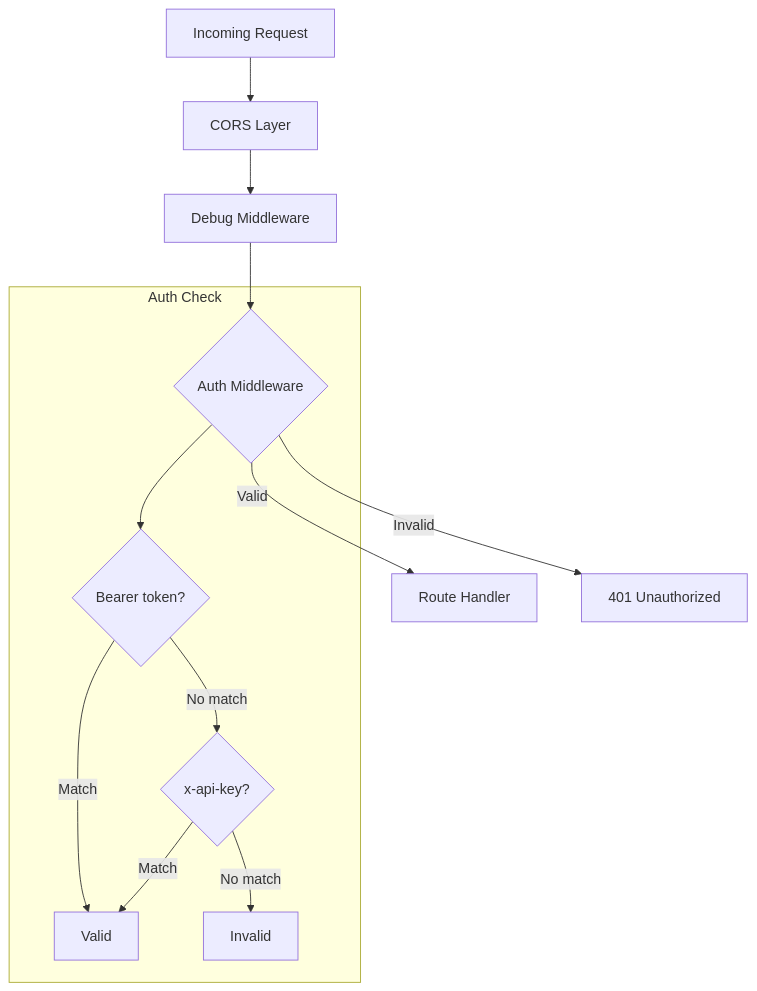
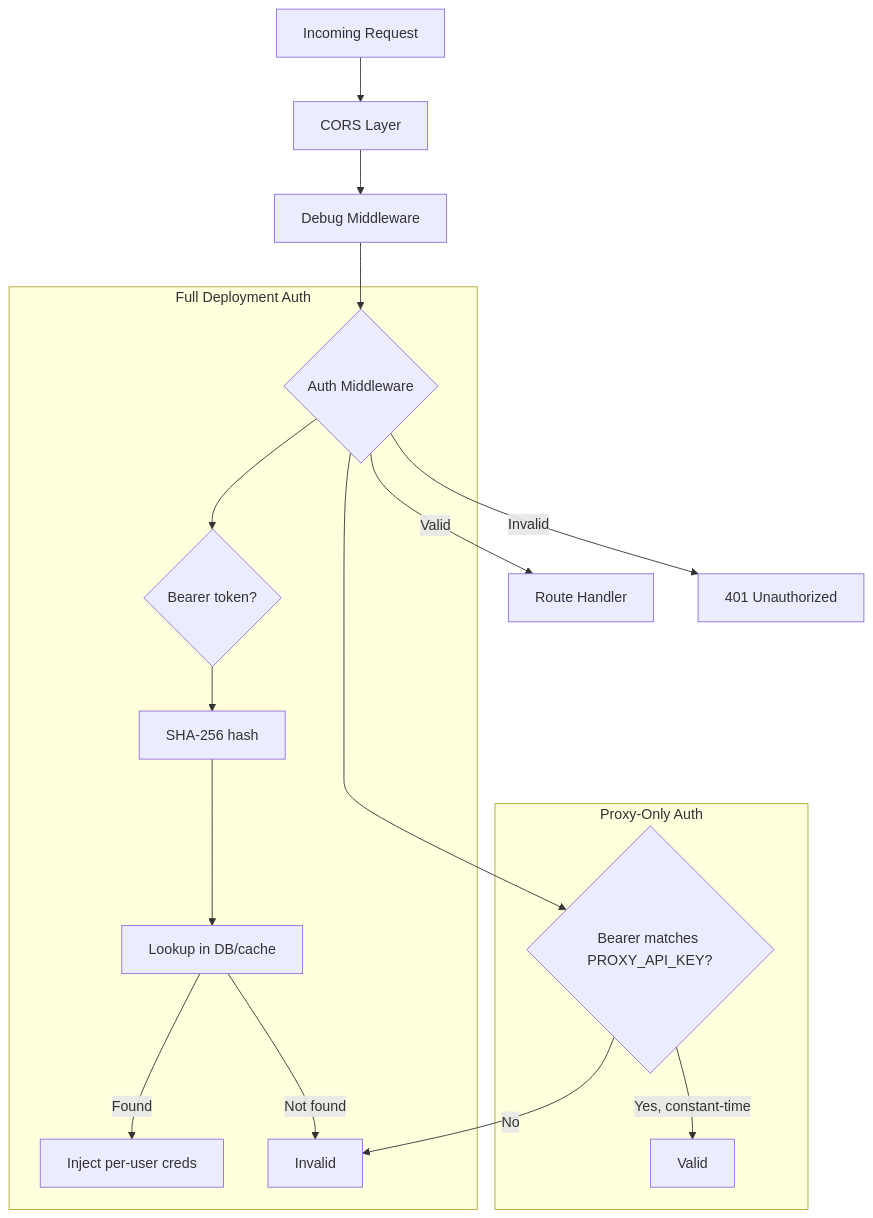
One commit to if414013/harbangan changed diagram 18 of 18 in docs/ARCHITECTURE.md. Above: the diagram before and after it, drawn with Mermaid. The commit also changed other lines of this file and 9 other files, not shown here.

First line of the commit message:
docs: update all documentation for Proxy-Only Mode deployment

````diff
--- a/docs/ARCHITECTURE.md
+++ b/docs/ARCHITECTURE.md
@@ -859,17 +1114,23 @@
 ```mermaid
 flowchart TD
     REQ[Incoming Request] --> CORS[CORS Layer]
     CORS --> DEBUG[Debug Middleware]
     DEBUG --> AUTH{Auth Middleware}
 
     AUTH --> |Valid| HANDLER[Route Handler]
     AUTH --> |Invalid| REJECT[401 Unauthorized]
 
-    subgraph Auth Check
+    subgraph "Full Deployment Auth"
         AUTH --> BEARER{Bearer token?}
-        BEARER --> |Match| VALID[Valid]
-        BEARER --> |No match| XAPI{x-api-key?}
-        XAPI --> |Match| VALID
-        XAPI --> |No match| INVALID[Invalid]
+        BEARER --> HASH[SHA-256 hash]
+        HASH --> DB_LOOKUP[Lookup in DB/cache]
+        DB_LOOKUP --> |Found| INJECT[Inject per-user creds]
+        DB_LOOKUP --> |Not found| INVALID
+    end
+
+    subgraph "Proxy-Only Auth"
+        AUTH --> PROXY_KEY{Bearer matches PROXY_API_KEY?}
+        PROXY_KEY --> |Yes, constant-time| VALID[Valid]
+        PROXY_KEY --> |No| INVALID[Invalid]
     end
 ```
````
